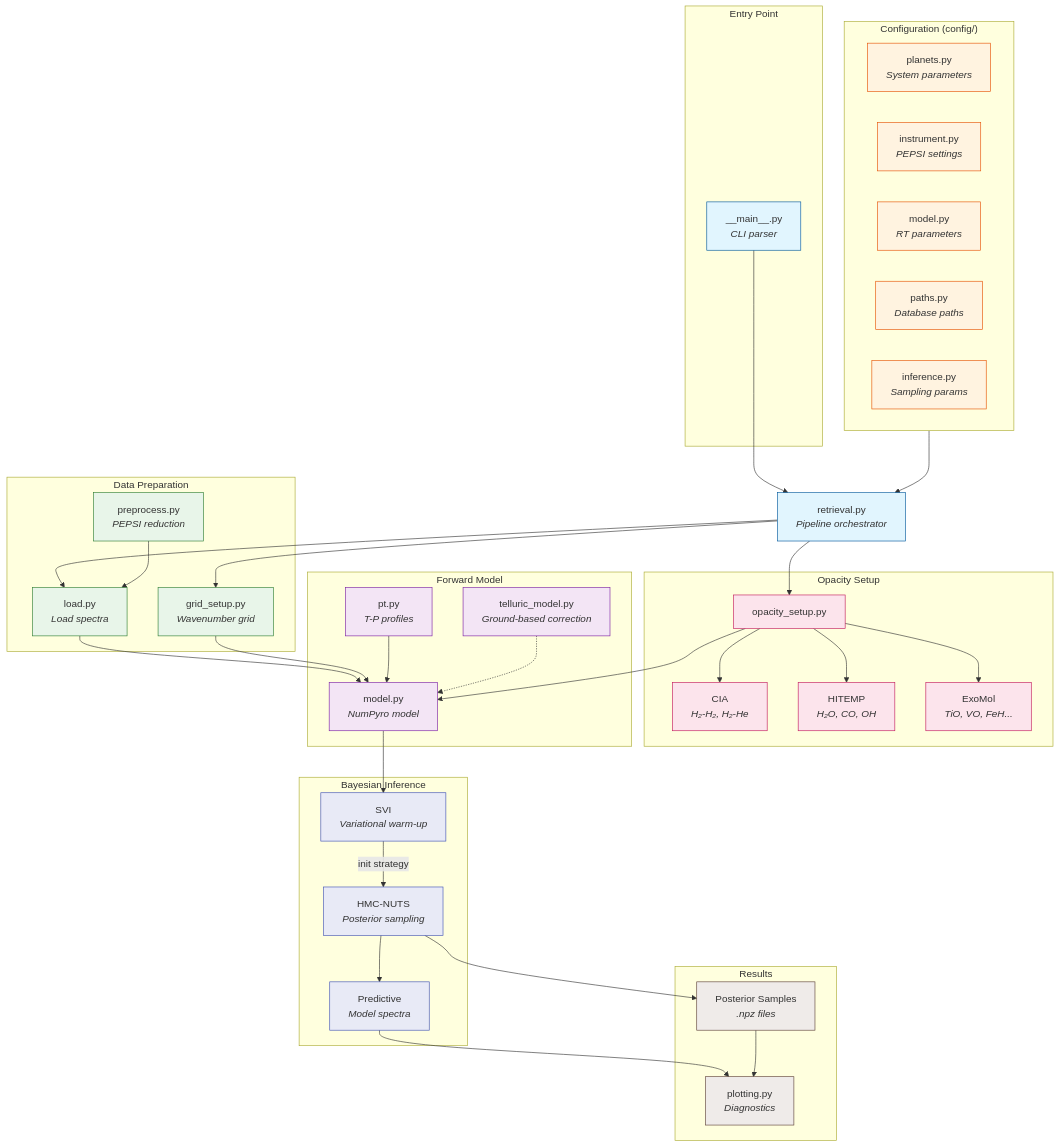
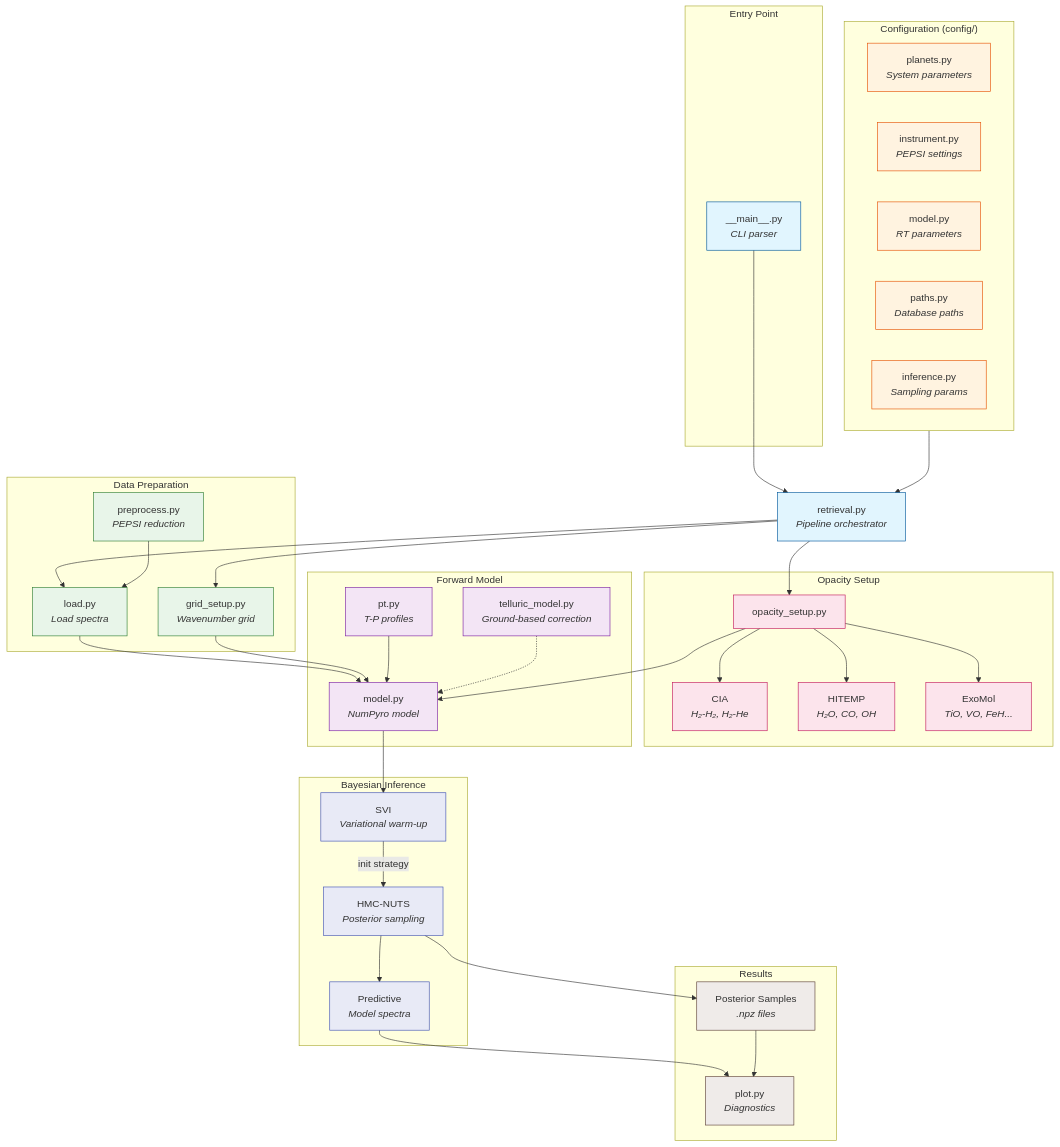
Before and after one commit to calderlen/atmo-retrieval: the diagram in README.md, drawn with Mermaid. The commit also changed other lines of this file and 21 other files, not shown here.

```diff
--- a/README.md
+++ b/README.md
@@ -43,7 +43,7 @@
 
     subgraph Output["Results"]
         posterior["Posterior Samples<br/><i>.npz files</i>"]
-        plots["plotting.py<br/><i>Diagnostics</i>"]
+        plots["plot.py<br/><i>Diagnostics</i>"]
     end
 
     %% Main flow
```
